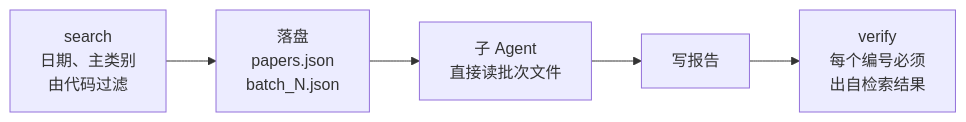
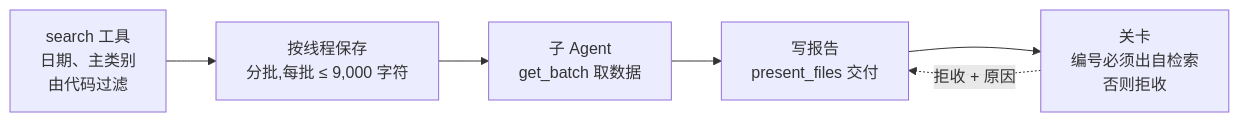
One commit to unumbrela/deerflow-citeguard changed the second of 3 diagrams in README.md. Above: the diagram before and after it, drawn with Mermaid. The commit also changed other lines of this file and 172 other files, not shown here.

First line of the commit message:
README and chart on v3 round-two data; coverage dev baseline 12.5%

````diff
--- a/README.md
+++ b/README.md
@@ -29,7 +29,8 @@
 ```mermaid
 flowchart LR
-  B1["search<br/>日期、主类别<br/>由代码过滤"] --> B2["落盘<br/>papers.json<br/>batch_N.json"]
-  B2 --> B3["子 Agent<br/>直接读批次文件"]
-  B3 --> B4["写报告"]
-  B4 --> B5["verify<br/>每个编号必须<br/>出自检索结果"]
+  B1["search 工具<br/>日期、主类别<br/>由代码过滤"] --> B2["按线程保存<br/>分批,每批 ≤ 9,000 字符"]
+  B2 --> B3["子 Agent<br/>get_batch 取数据"]
+  B3 --> B4["写报告<br/>present_files 交付"]
+  B4 --> B5["关卡<br/>编号必须出自检索<br/>否则拒收"]
+  B5 -.->|"拒收 + 原因"| B4
 ```
````
